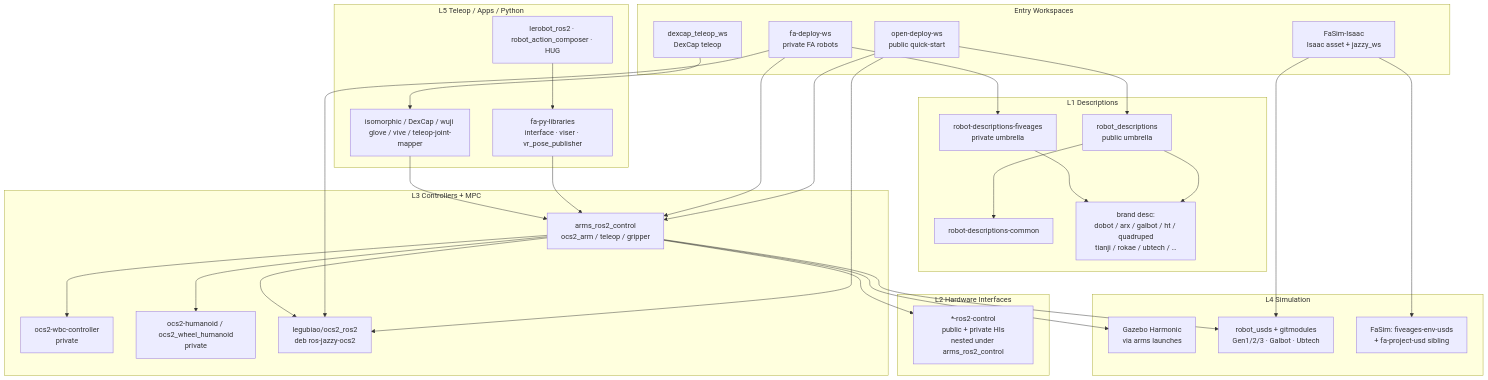
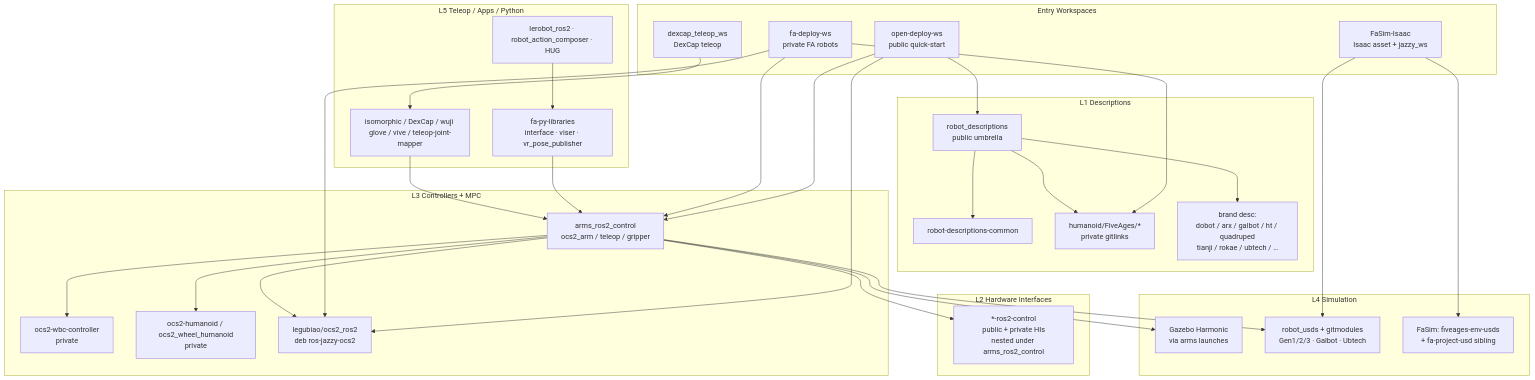
One commit to fiveages-sim/docs changed the diagram in source/0-overview/1-architecture.md. Above: the diagram before and after it, drawn with Mermaid. The commit also changed other lines of this file and 185 other files, not shown here.

Commit message:
Rewrite description pages from real repos; merge FiveAges docs (#7)

````diff
--- a/source/0-overview/1-architecture.md
+++ b/source/0-overview/1-architecture.md
@@ -7,61 +7,61 @@
 ```{mermaid}
 flowchart TB
   subgraph entry [Entry Workspaces]
     ODW["open-deploy-ws<br/>public quick-start"]
     FDW["fa-deploy-ws<br/>private FA robots"]
     DCW["dexcap_teleop_ws<br/>DexCap teleop"]
     FAI["FaSim-Isaac<br/>Isaac asset + jazzy_ws"]
   end
 
   subgraph L1 [L1 Descriptions]
     RD["robot_descriptions<br/>public umbrella"]
     RDC["robot-descriptions-common"]
-    RDF["robot-descriptions-fiveages<br/>private umbrella"]
+    FA["humanoid/FiveAges/*<br/>private gitlinks"]
     BRAND["brand desc:<br/>dobot / arx / galbot / ht / quadruped<br/>tianji / rokae / ubtech / …"]
   end
 
   subgraph L2 [L2 Hardware Interfaces]
     HI["*-ros2-control<br/>public + private HIs<br/>nested under arms_ros2_control"]
   end
 
   subgraph L3 [L3 Controllers + MPC]
     ARMS["arms_ros2_control<br/>ocs2_arm / teleop / gripper"]
     WBC["ocs2-wbc-controller<br/>private"]
     OH["ocs2-humanoid / ocs2_wheel_humanoid<br/>private"]
     OCS2["legubiao/ocs2_ros2<br/>deb ros-jazzy-ocs2"]
   end
 
   subgraph L4 [L4 Simulation]
     GZ["Gazebo Harmonic<br/>via arms launches"]
     USD["robot_usds + gitmodules<br/>Gen1/2/3 · Galbot · Ubtech"]
     ENV["FaSim: fiveages-env-usds<br/>+ fa-project-usd sibling"]
   end
 
   subgraph L5 [L5 Teleop / Apps / Python]
     PY["fa-py-libraries<br/>interface · viser · vr_pose_publisher"]
     TEL["isomorphic / DexCap / wuji glove / vive / teleop-joint-mapper"]
     APP["lerobot_ros2 · robot_action_composer · HUG"]
   end
 
   ODW --> ARMS
   ODW --> RD
   ODW --> OCS2
-  FDW --> RDF
+  FDW --> FA
   FDW --> ARMS
   FDW --> OCS2
   RD --> RDC
   RD --> BRAND
-  RDF --> BRAND
+  RD --> FA
   ARMS --> HI
   ARMS --> WBC
   ARMS --> OH
   ARMS --> OCS2
   FAI --> USD
   FAI --> ENV
   ARMS --> GZ
   ARMS --> USD
   PY --> ARMS
   TEL --> ARMS
   APP --> PY
   DCW --> TEL
 ```
````
